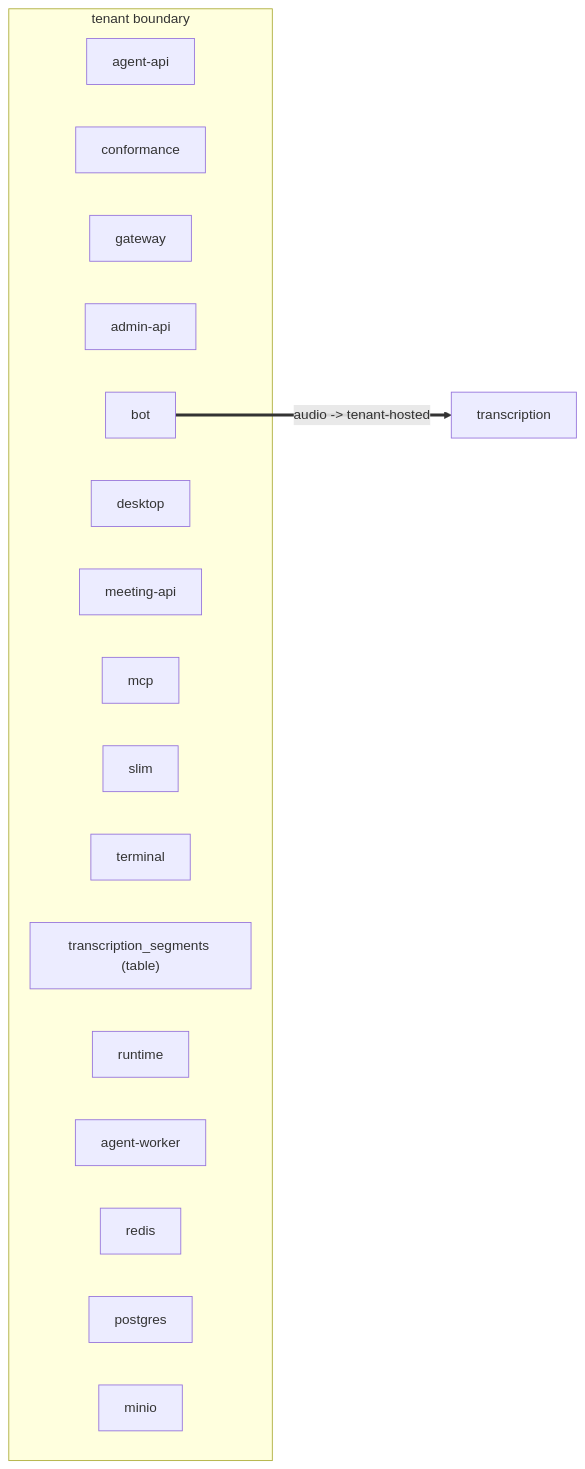
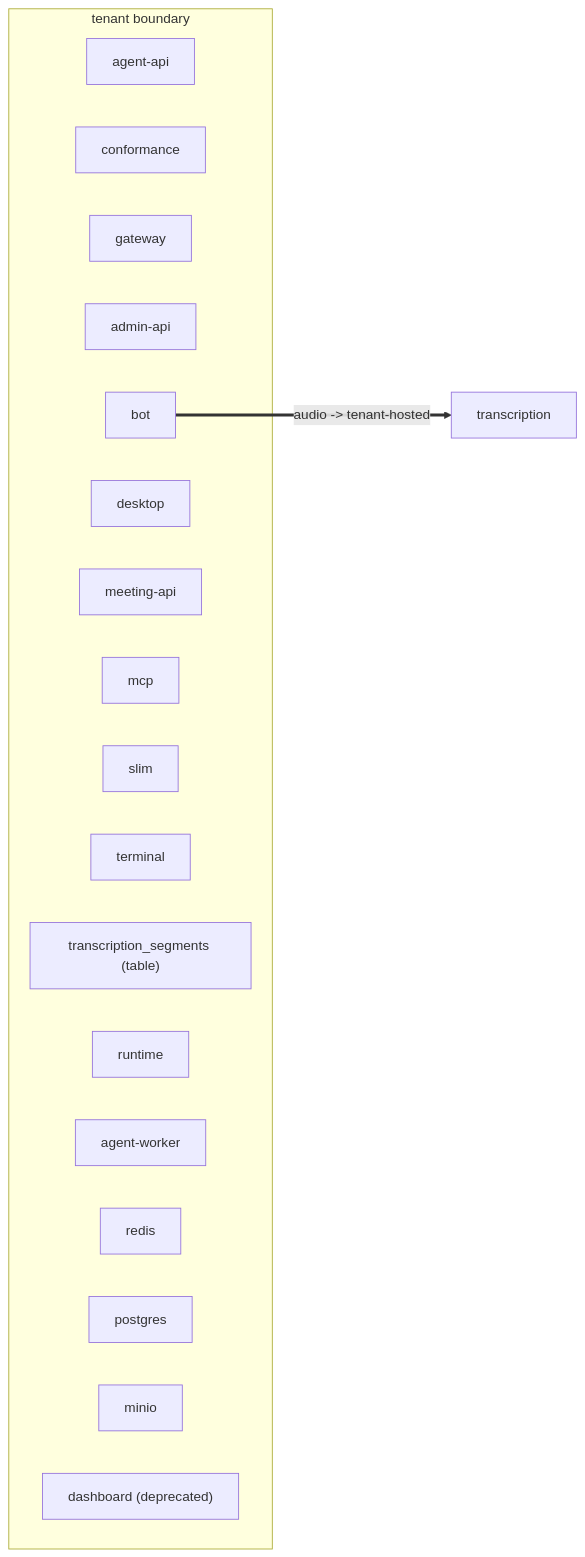
Before and after one commit to TheJuanAndOnly99/vexa-core: the diagram in docs/views/egress.mmd, drawn with Mermaid. The commit also changed 5 other files, not shown here.

```diff
--- a/docs/views/egress.mmd
+++ b/docs/views/egress.mmd
@@ -1,22 +1,23 @@
 %% GENERATED — pnpm arch:dsl --write
 flowchart LR
   subgraph tenant["tenant boundary"]
     agent_api["agent-api"]
     conformance["conformance"]
     gateway["gateway"]
     admin_api["admin-api"]
     bot["bot"]
     desktop["desktop"]
     meeting_api["meeting-api"]
     mcp["mcp"]
     slim["slim"]
     terminal["terminal"]
     segments_table["transcription_segments (table)"]
     runtime["runtime"]
     agent_worker["agent-worker"]
     redis["redis"]
     postgres["postgres"]
     minio["minio"]
+    dashboard["dashboard (deprecated)"]
   end
   transcription["transcription"]
   bot ==>|"audio -> tenant-hosted"| transcription
```
